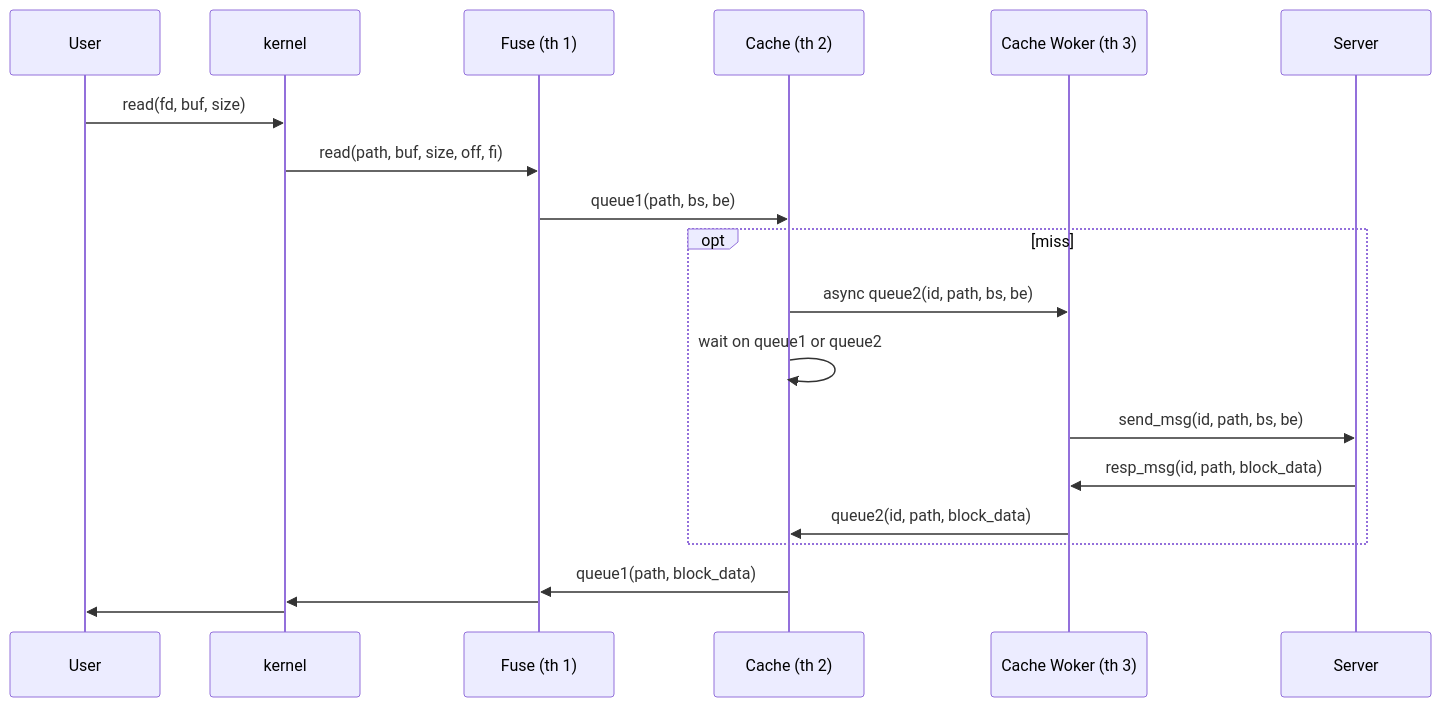
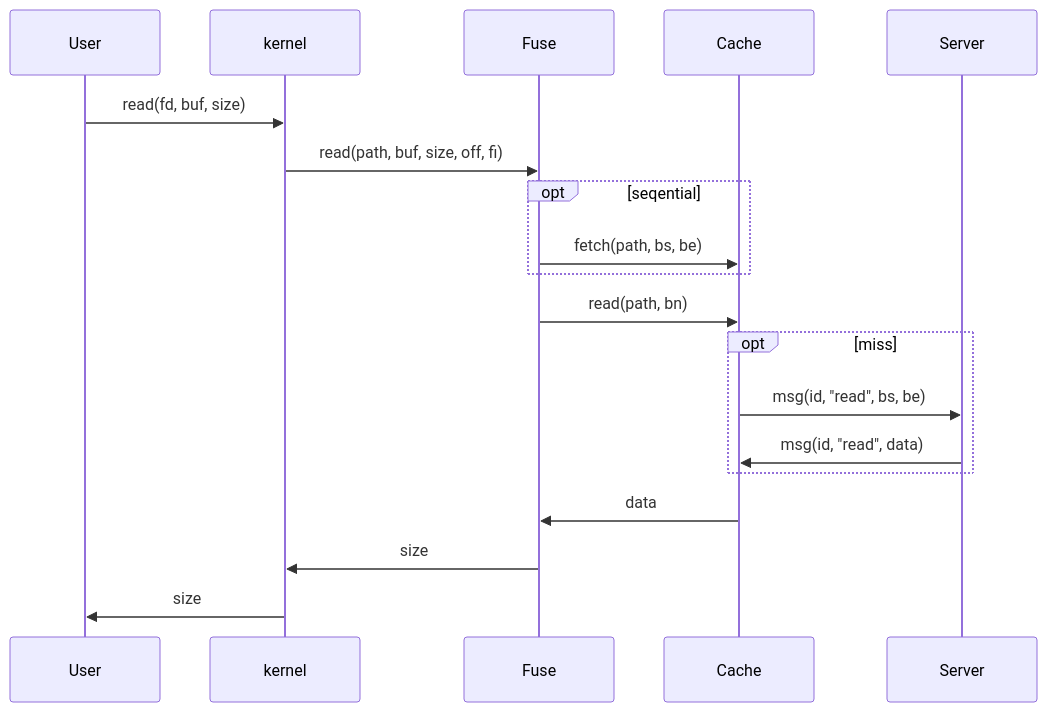
The second of 5 diagrams in fuse.md (wangnangg/NetFS), drawn with Mermaid before and after one commit. The commit also changed other lines of this file and 774 other files, not shown here.

````diff
--- a/fuse.md
+++ b/fuse.md
@@ -146,22 +149,21 @@
 ```mermaid
 sequenceDiagram
     participant U as User
     participant K as kernel
-    participant F as Fuse (th 1)
-    participant C as Cache (th 2)
-    participant CW as Cache Woker (th 3)
+    participant F as Fuse
+    participant C as Cache
     participant S as Server
     U->>K: read(fd, buf, size)
     K->>F: read(path, buf, size, off, fi)
-    F->>C: queue1(path, bs, be)
+    opt seqential
+    F->>C: fetch(path, bs, be)
+    end
+    F->>C: read(path, bn)
     opt miss
-    C->>CW: async queue2(id, path, bs, be)
-    C->>C: wait on queue1 or queue2
-    CW->>S: send_msg(id, path, bs, be)
-    S->>CW: resp_msg(id, path, block_data)
-    CW->>C: queue2(id, path, block_data)
+    C->>S: msg(id, "read", bs, be)
+    S->>C: msg(id, "read", data)
     end
-    C->>F: queue1(path, block_data)
-    F->>K: 
-    K->>U: 
+    C->>F: data
+    F->>K: size
+    K->>U: size
 ```
````
